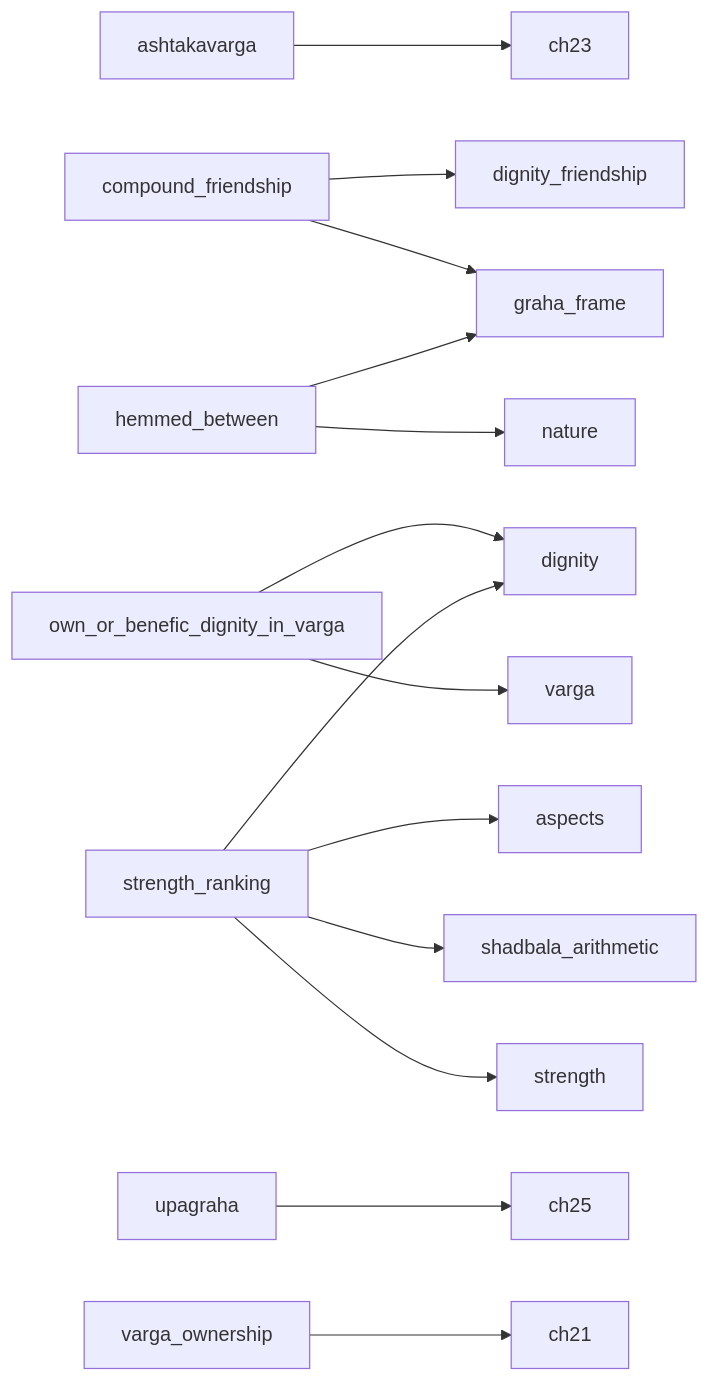
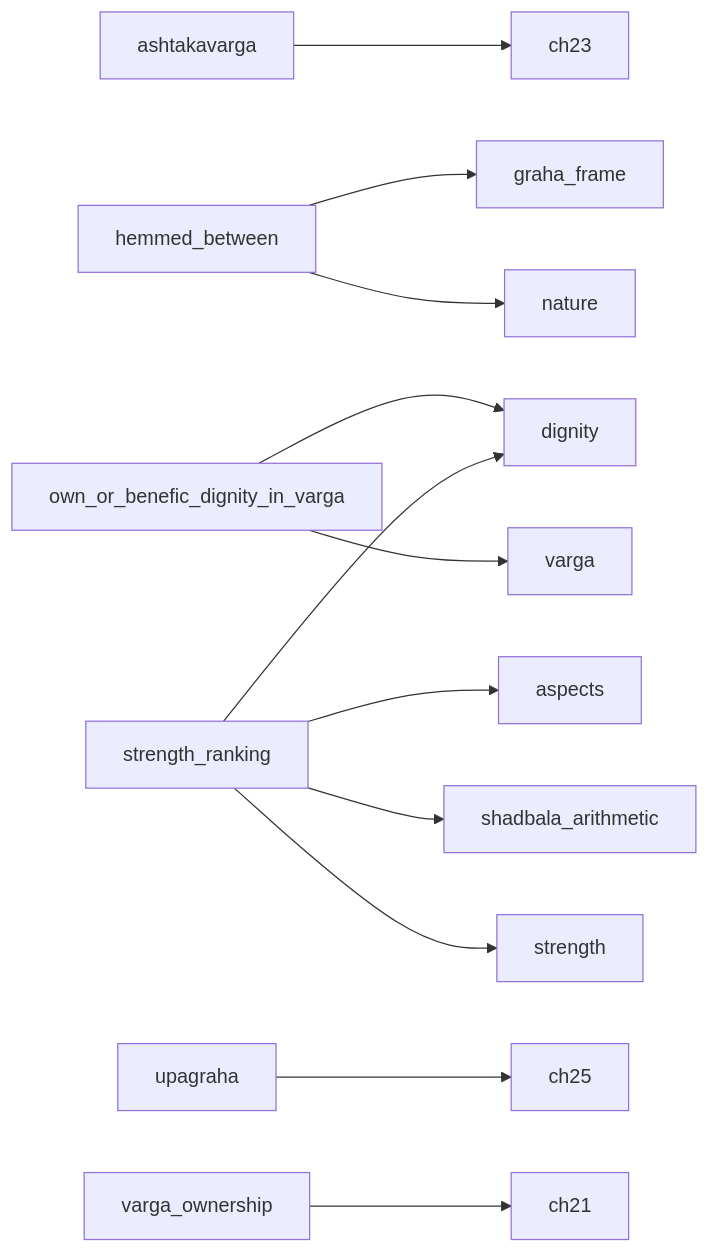
The diagram in Reports/PHASE3_PLAN.md (tarunrameshphotography/Vedic-AI), drawn with Mermaid before and after one commit. The commit also changed other lines of this file and 11 other files, not shown here.

````diff
--- a/Reports/PHASE3_PLAN.md
+++ b/Reports/PHASE3_PLAN.md
@@ -58,16 +57,14 @@
 ```mermaid
 graph LR
   ashtakavarga --> ch23
-  compound_friendship --> dignity_friendship
-  compound_friendship --> graha_frame
   hemmed_between --> graha_frame
   hemmed_between --> nature
   own_or_benefic_dignity_in_varga --> dignity
   own_or_benefic_dignity_in_varga --> varga
   strength_ranking --> aspects
   strength_ranking --> dignity
   strength_ranking --> shadbala_arithmetic
   strength_ranking --> strength
   upagraha --> ch25
   varga_ownership --> ch21
 ```
````
